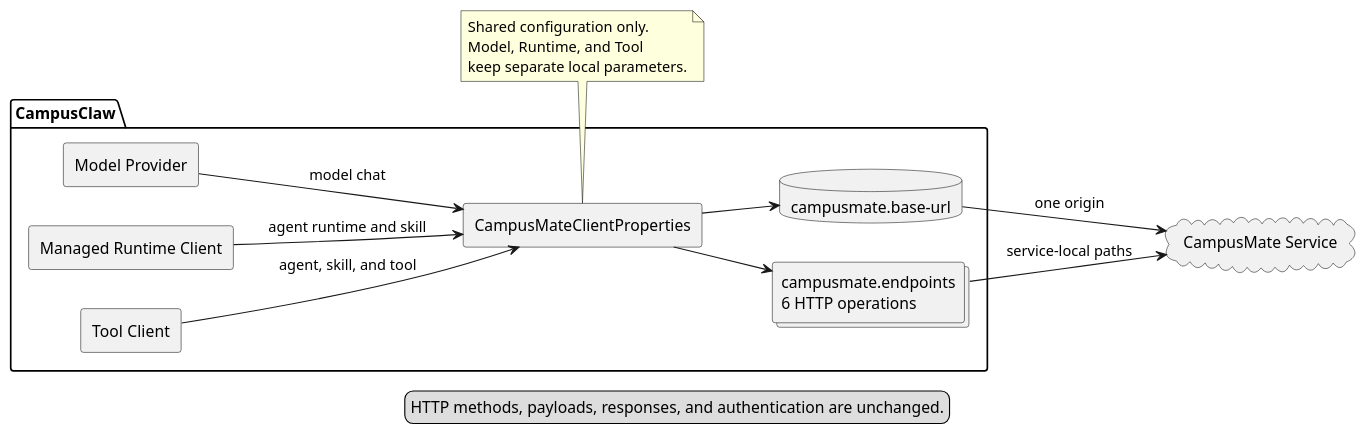
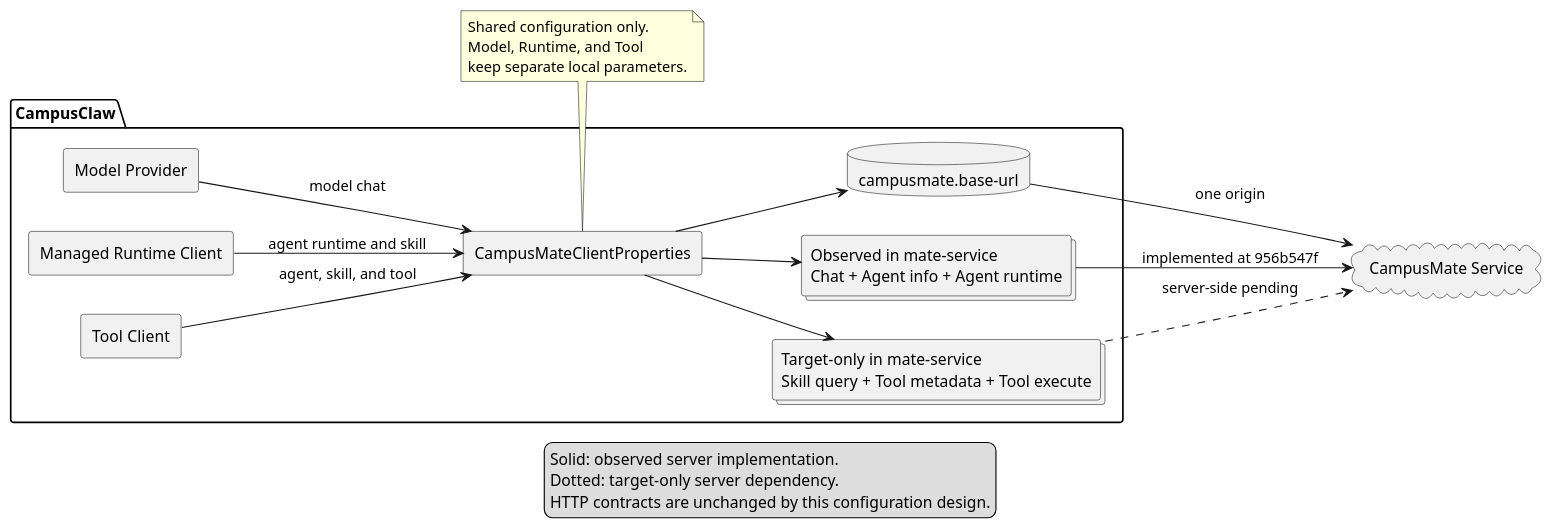
The first of 2 diagrams in docs/designs/campusmate-shared-config/diagram.puml (2862282695gjh-afk/pi-mono-java), drawn with PlantUML before and after one commit. The commit also changed 4 other files, not shown here.

```diff
--- a/docs/designs/campusmate-shared-config/diagram.puml
+++ b/docs/designs/campusmate-shared-config/diagram.puml
@@ -1,39 +1,47 @@
 @startuml campusmate_shared_configuration
 ' Source evidence: modules/coding-agent-cli/src/main/resources/application.yml lines 89-140 at 56be8eee59415a5f86658d6635a7b7e8891263d3.
-' Source evidence: MateServiceModelManagerProvider constructor, MateServiceClient constructor, and MateToolAutoConfiguration fields at the same baseline.
+' Reviewed implementation: CampusMateClientProperties, MateServiceModelManagerProvider, MateServiceClient, and MateToolAutoConfiguration at e8533b5ebf564f9d8d707faa115be638dc377556.
+' Server evidence: LlmChatController and AgentDefinitionController at mate-service 956b547f5ca12ca89e68f73012f92a4406b0c9fa.
 ' Observed behavior: three configuration roots declared three service origins and seven path keys for one CampusMate service.
+' Server observation: Chat, Agent info, and Agent runtime operations exist at the mate-service baseline.
+' Target-only design: Skill query, Tool metadata, and Tool execute are client dependencies but server-side pending at that baseline.
 ' Architecture change: one shared origin and six HTTP operations are consumed by all three clients.
 ' Security hardening: base URLs and service-local paths fail during startup when invalid.
 skinparam shadowing false
 skinparam componentStyle rectangle
 left to right direction
 
 package "CampusClaw" {
   component "Model Provider" as model
   component "Managed Runtime Client" as runtime
   component "Tool Client" as tool
   component "CampusMateClientProperties" as properties
   database "campusmate.base-url" as base
-  collections "campusmate.endpoints\n6 HTTP operations" as endpoints
+  collections "Observed in mate-service\nChat + Agent info + Agent runtime" as observed
+  collections "Target-only in mate-service\nSkill query + Tool metadata + Tool execute" as target_only
 }
 
 cloud "CampusMate Service" as campusmate
 
 model --> properties : model chat
 runtime --> properties : agent runtime and skill
 tool --> properties : agent, skill, and tool
 properties --> base
-properties --> endpoints
+properties --> observed
+properties --> target_only
 base --> campusmate : one origin
-endpoints --> campusmate : service-local paths
+observed --> campusmate : implemented at 956b547f
+target_only ..> campusmate : server-side pending
 
 note bottom of properties
   Shared configuration only.
   Model, Runtime, and Tool
   keep separate local parameters.
 end note
 
 legend bottom
-  HTTP methods, payloads, responses, and authentication are unchanged.
+  Solid: observed server implementation.
+  Dotted: target-only server dependency.
+  HTTP contracts are unchanged by this configuration design.
 endlegend
 @enduml
```
